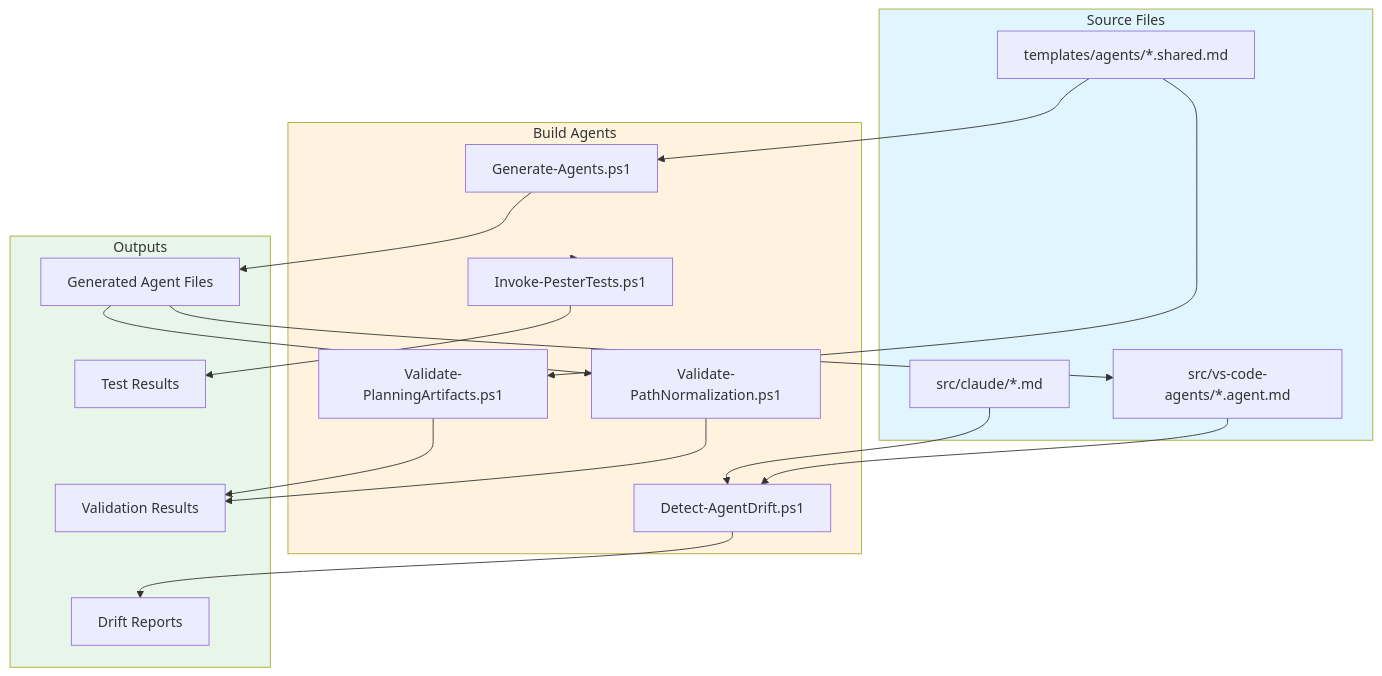
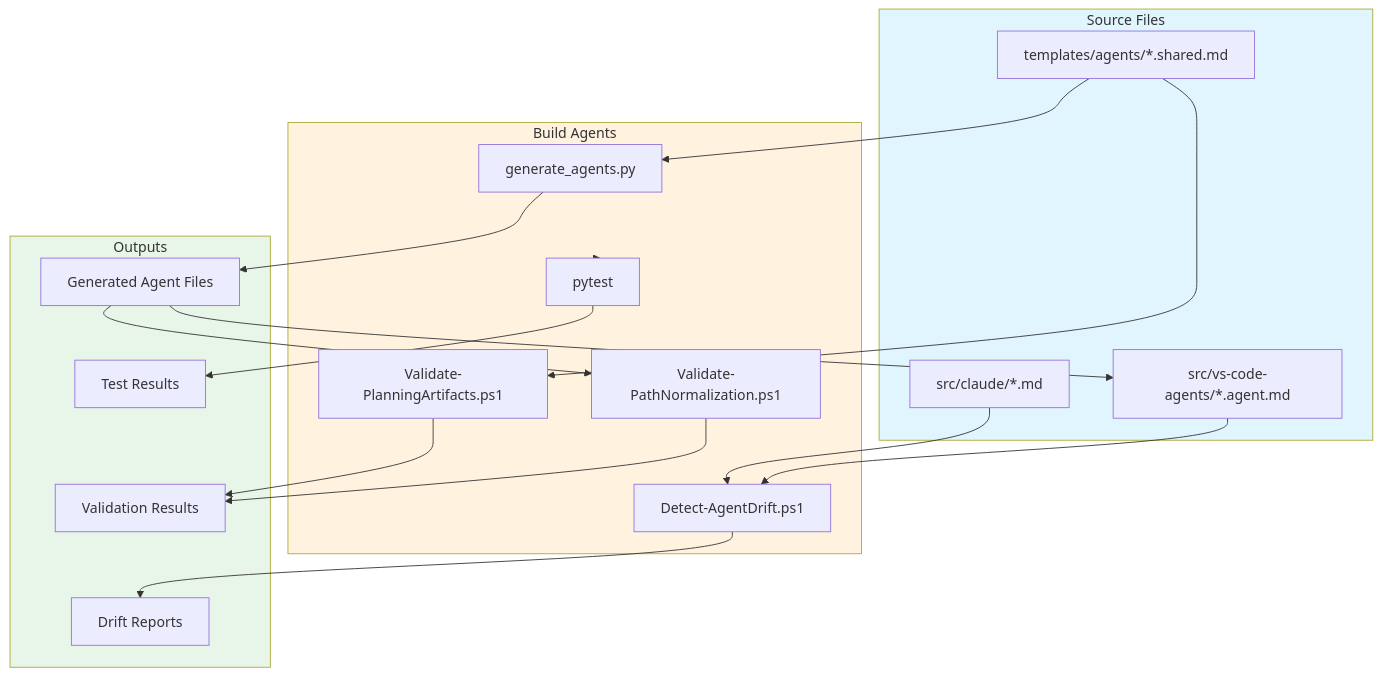
Before and after one commit to rjmurillo/ai-agents: the first of 2 diagrams in build/AGENTS.md, drawn with Mermaid. The commit also changed other lines of this file and 13 other files, not shown here.

````diff
--- a/build/AGENTS.md
+++ b/build/AGENTS.md
@@ -11,44 +11,44 @@
 ```mermaid
 flowchart TD
     subgraph Sources["Source Files"]
         T[templates/agents/*.shared.md]
         C[src/claude/*.md]
         V[src/vs-code-agents/*.agent.md]
     end
 
     subgraph Build["Build Agents"]
-        GEN[Generate-Agents.ps1]
+        GEN[generate_agents.py]
         DFT[Detect-AgentDrift.ps1]
         VPA[Validate-PlanningArtifacts.ps1]
         VPN[Validate-PathNormalization.ps1]
-        IPT[Invoke-PesterTests.ps1]
+        IPT[pytest]
     end
 
     subgraph Outputs["Outputs"]
         OUT[Generated Agent Files]
         REP[Drift Reports]
         VAL[Validation Results]
         TST[Test Results]
     end
 
     T --> GEN
     GEN --> OUT
     OUT --> V
 
     C --> DFT
     V --> DFT
     DFT --> REP
 
     T --> VPA
     VPA --> VAL
 
     OUT --> VPN
     VPN --> VAL
 
     Build --> IPT
     IPT --> TST
 
     style Sources fill:#e1f5fe
     style Build fill:#fff3e0
     style Outputs fill:#e8f5e9
 ```
````
